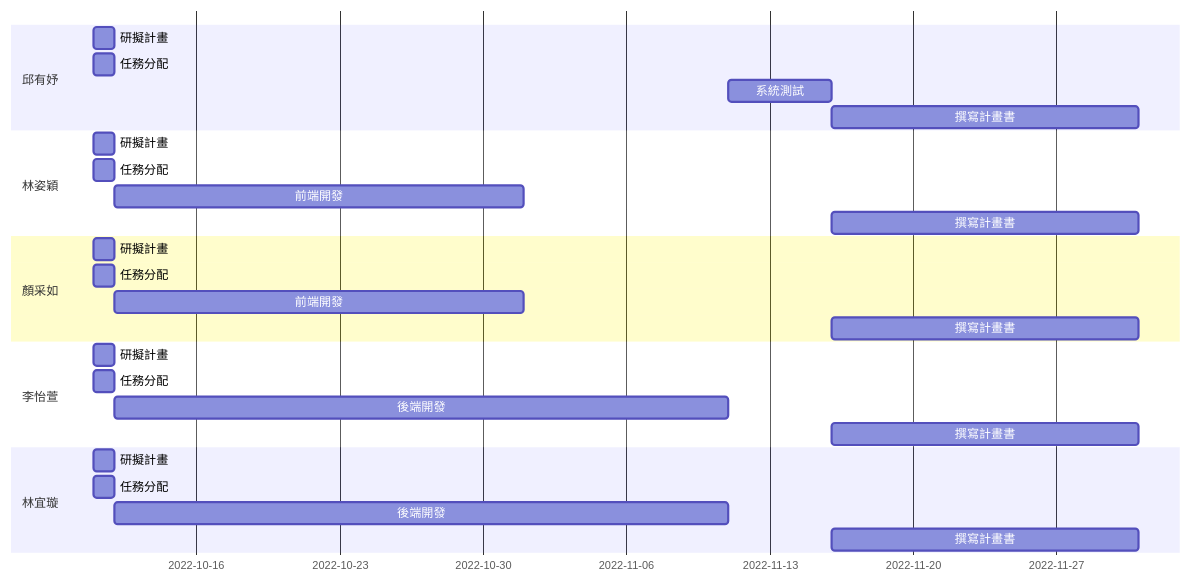
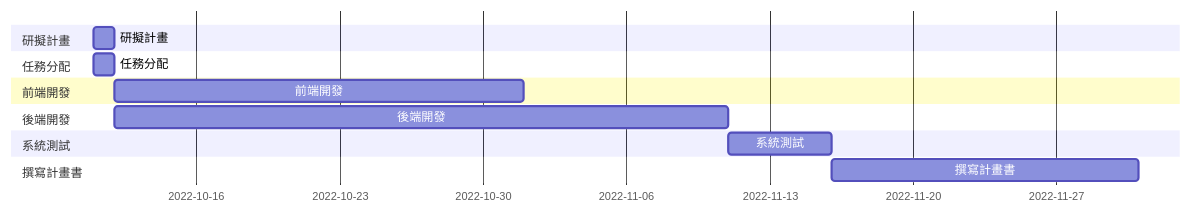
The diagram in README.md (Hsxxnil/SystemAnalysis-group15), drawn with Mermaid before and after one commit.

````diff
--- a/README.md
+++ b/README.md
@@ -23,32 +23,20 @@
 ```mermaid
 gantt
-    section 邱有妤
+    section 研擬計畫
     研擬計畫:a1, 2022-10-11, 1d
+    
+    section 任務分配
     任務分配:a2,2022-10-11, 1d
+    
+    section 前端開發
+    前端開發:a3,after a2,20d
+    
+    section 後端開發
+    後端開發:a4,after a2, 30d
+    
+    section 系統測試
     系統測試:a5,after a4, 5d
-    撰寫計畫書:a6,after a5, 15d
     
-    section 林姿穎
-    研擬計畫:a1, 2022-10-11, 1d
-    任務分配:a2,2022-10-11, 1d
-    前端開發:a3,after a2,20d
-    撰寫計畫書:a6,after a5, 15d
-    
-    section 顏采如
-    研擬計畫:a1, 2022-10-11, 1d
-    任務分配:a2,2022-10-11, 1d
-    前端開發:a3,after a2,20d
-    撰寫計畫書:a6,after a5, 15d
-    
-    section 李怡萱
-    研擬計畫:a1, 2022-10-11, 1d
-    任務分配:a2,2022-10-11, 1d
-    後端開發:a4,after a2, 30d
-    撰寫計畫書:a6,after a5, 15d
-    
-    section 林宜璇
-    研擬計畫:a1, 2022-10-11, 1d
-    任務分配:a2,2022-10-11, 1d
-    後端開發:a4,after a2, 30d
+    section 撰寫計畫書
     撰寫計畫書:a6,after a5, 15d
 ```
````
